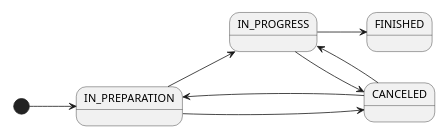
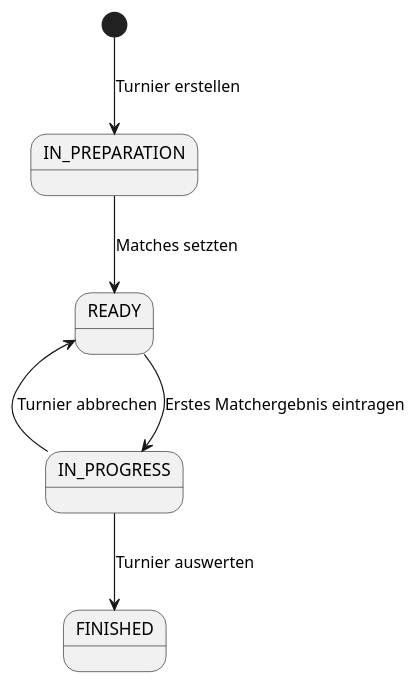
The diagram in asciidocs/plantuml/state_diagram_tournament.puml (htl-leonding-project/2022-4ahif-autohaus), drawn with PlantUML before and after one commit. The commit also changed 1 other file, not shown here.

Commit message:
pelzeder-state-diagram-überarbeitet

```diff
--- a/asciidocs/plantuml/state_diagram_tournament.puml
+++ b/asciidocs/plantuml/state_diagram_tournament.puml
@@ -1,20 +1,21 @@
 @startuml
-left to right direction
 
-scale 350 width
-[*] --> IN_PREPARATION
-IN_PREPARATION --> IN_PROGRESS
-IN_PROGRESS --> FINISHED
-IN_PROGRESS --> CANCELED
-IN_PREPARATION --> CANCELED
-CANCELED --> IN_PREPARATION
-CANCELED --> IN_PROGRESS
+[*] --> IN_PREPARATION : Turnier erstellen
+
+IN_PREPARATION --> READY : Matches setzten
+
+READY --> IN_PROGRESS : Erstes Matchergebnis eintragen
+
+READY <-- IN_PROGRESS : Turnier abbrechen
+
+IN_PROGRESS --> FINISHED : Turnier auswerten
 
 state IN_PREPARATION
+
+state READY
 
 state IN_PROGRESS
 
 state FINISHED
 
-state CANCELED
 @enduml
```
